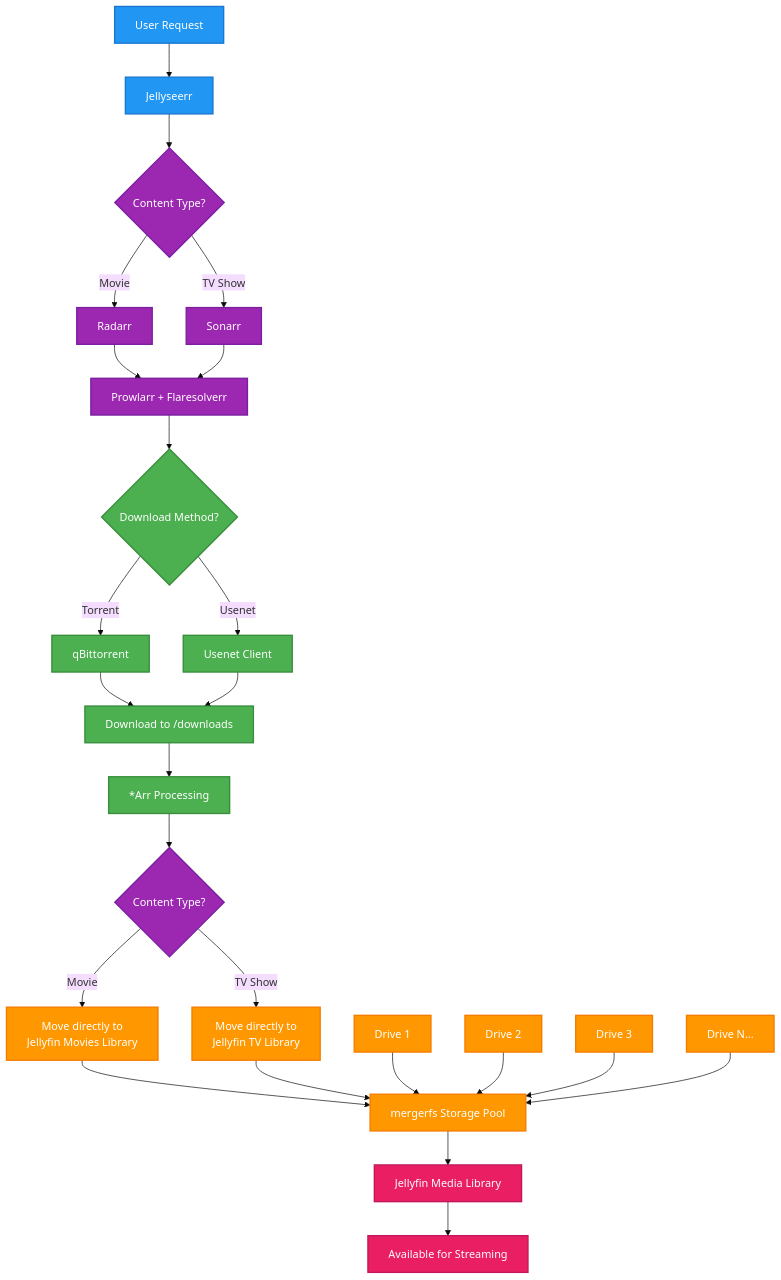
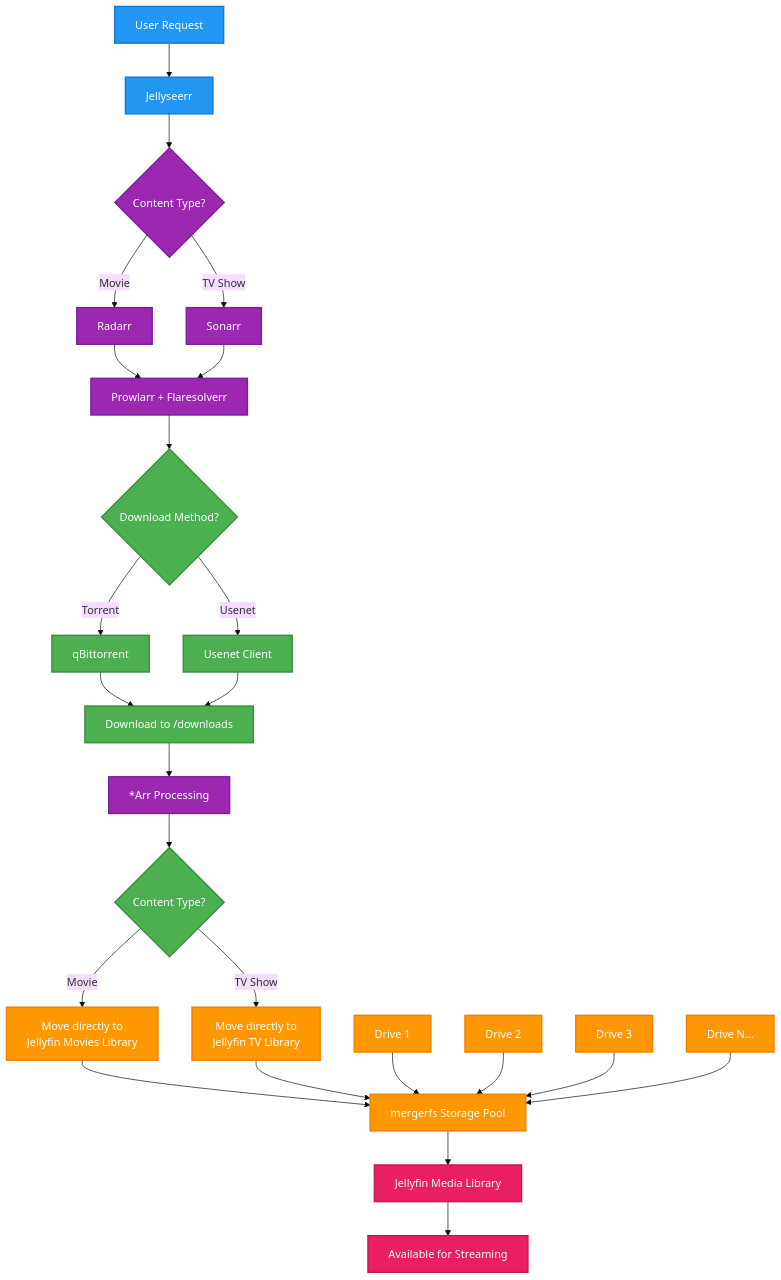
Before and after one commit to TrueBankai416/BankaiTechDocs: the diagram in docs/Examples/Arr Suite/Docs/01-Media Management Workflow.mdx, drawn with Mermaid (base theme). The commit also changed other lines of this file, not shown here.

Commit message:
Final cleanup: fix Mermaid classes and folder structure
- Correct Mermaid class assignments: K (*Arr Processing) -> arrSuite, L (Content Type?) -> downloadFlow
- Remove unused /downloads/watch folder from structure as it's not referenced in the workflow
- This provides proper visual grouping in the diagram

Mentat precommit script passed. Log: https://mentat.ai/gh/TrueBankai416/BankaiTechDocs/log/76635572-3b2f-4ec0-b000-b427fe095bdd

````diff
--- a/docs/Examples/Arr Suite/Docs/01-Media Management Workflow.mdx
+++ b/docs/Examples/Arr Suite/Docs/01-Media Management Workflow.mdx
@@ -21,49 +21,49 @@
 ```mermaid
 flowchart TD
     A[User Request] --> B[Jellyseerr]
     B --> C{Content Type?}
     
     C -->|Movie| D[Radarr]
     C -->|TV Show| E[Sonarr]
     
     D --> F[Prowlarr + Flaresolverr]
     E --> F
     
     F --> G{Download Method?}
     G -->|Torrent| H[qBittorrent]
     G -->|Usenet| I[Usenet Client]
     
     H --> J[Download to /downloads]
     I --> J
     
     J --> K[*Arr Processing]
     K --> L{Content Type?}
     
     L -->|Movie| M[Move directly to<br/>Jellyfin Movies Library]
     L -->|TV Show| N[Move directly to<br/>Jellyfin TV Library]
     
     M --> O[mergerfs Storage Pool]
     N --> O
     
     O --> P[Jellyfin Media Library]
     P --> Q[Available for Streaming]
     
     %% Storage representation
     R[Drive 1] --> O
     S[Drive 2] --> O
     T[Drive 3] --> O
     U[Drive N...] --> O
     
     %% Styling with better contrast
     classDef requestFlow fill:#2196F3,stroke:#1976D2,stroke-width:2px,color:#fff
     classDef arrSuite fill:#9C27B0,stroke:#7B1FA2,stroke-width:2px,color:#fff
     classDef downloadFlow fill:#4CAF50,stroke:#388E3C,stroke-width:2px,color:#fff
     classDef storageFlow fill:#FF9800,stroke:#F57C00,stroke-width:2px,color:#fff
     classDef finalFlow fill:#E91E63,stroke:#C2185B,stroke-width:2px,color:#fff
     
     class A,B requestFlow
-    class C,D,E,F,L arrSuite
-    class G,H,I,J,K downloadFlow
+    class C,D,E,F,K arrSuite
+    class G,H,I,J,L downloadFlow
     class M,N,O,R,S,T,U storageFlow
     class P,Q finalFlow
 ```
````
